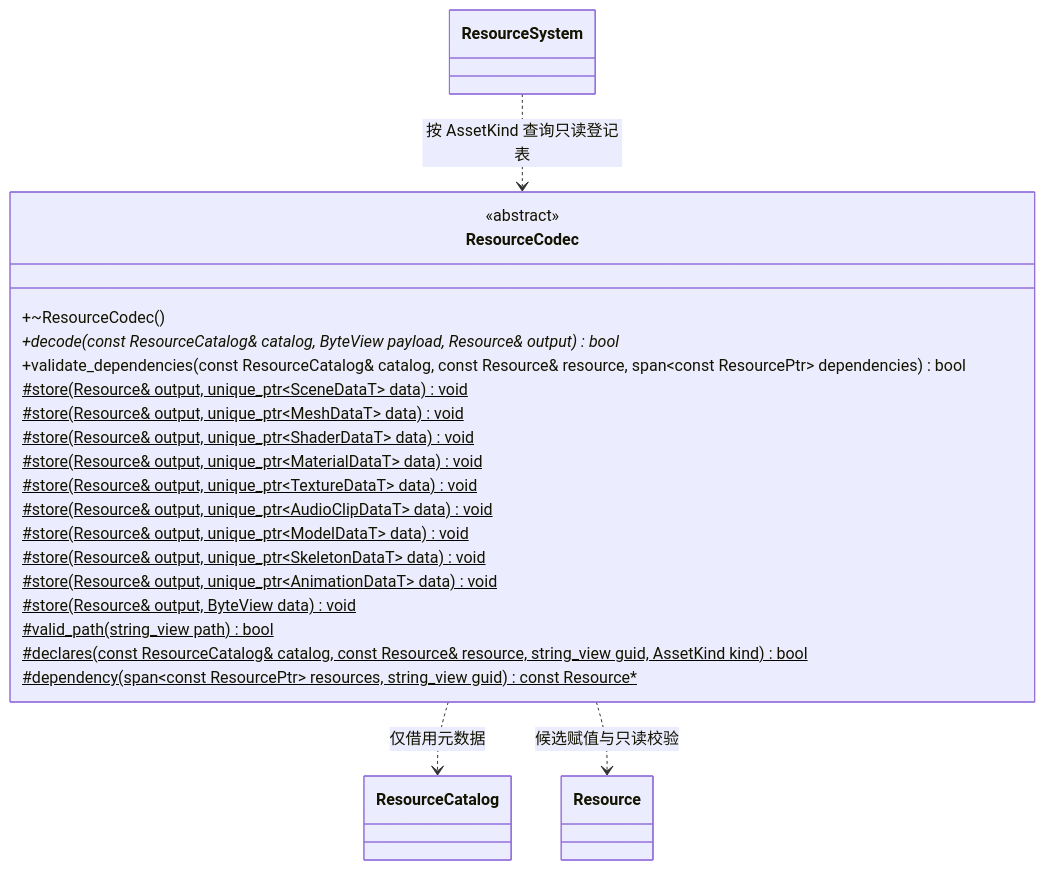
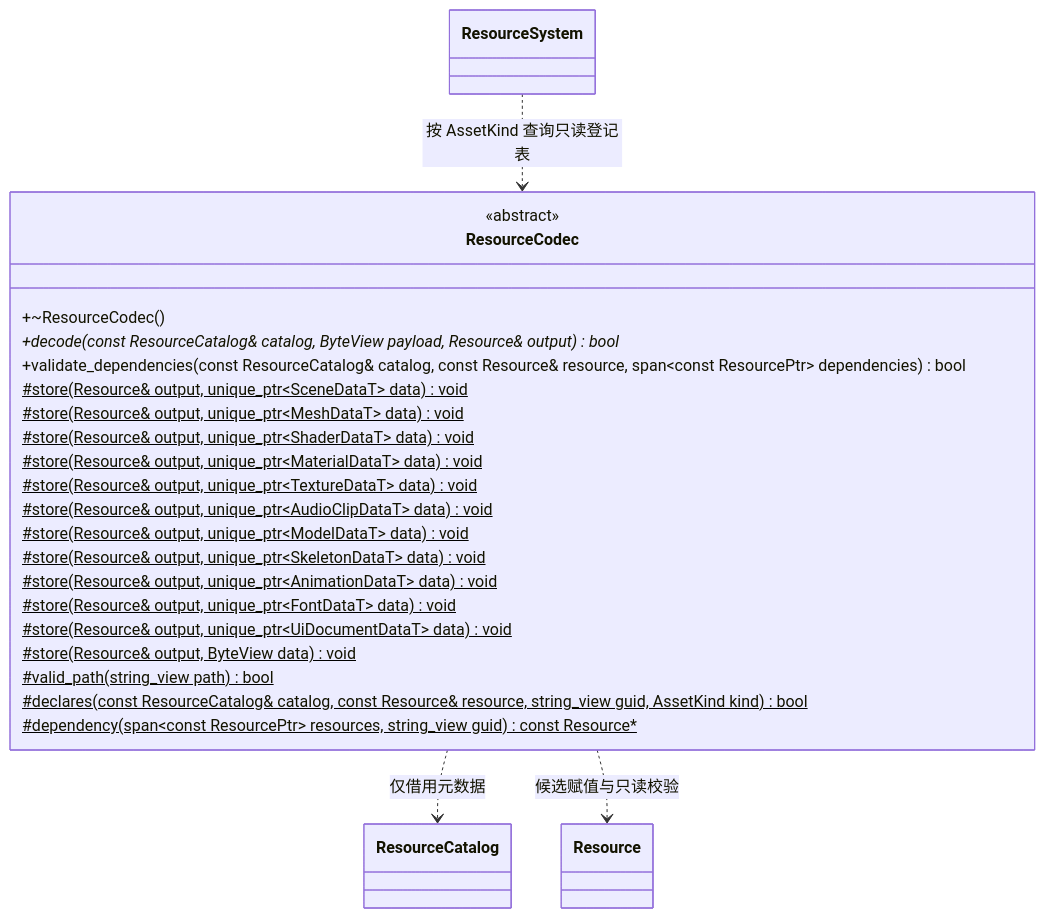
The first of 5 diagrams in docs/runtime/class-diagrams/resource-codecs.md (lcals/Engine), drawn with Mermaid before and after one commit. The commit also changed other lines of this file and 115 other files, not shown here.

````diff
--- a/docs/runtime/class-diagrams/resource-codecs.md
+++ b/docs/runtime/class-diagrams/resource-codecs.md
@@ -9,28 +9,30 @@
 ```mermaid
 classDiagram
     class ResourceCodec {
         <<abstract>>
         +~ResourceCodec()
         +decode(const ResourceCatalog& catalog, ByteView payload, Resource& output) bool*
         +validate_dependencies(const ResourceCatalog& catalog, const Resource& resource, span~const ResourcePtr~ dependencies) bool
         #store(Resource& output, unique_ptr~SceneDataT~ data) void$
         #store(Resource& output, unique_ptr~MeshDataT~ data) void$
         #store(Resource& output, unique_ptr~ShaderDataT~ data) void$
         #store(Resource& output, unique_ptr~MaterialDataT~ data) void$
         #store(Resource& output, unique_ptr~TextureDataT~ data) void$
         #store(Resource& output, unique_ptr~AudioClipDataT~ data) void$
         #store(Resource& output, unique_ptr~ModelDataT~ data) void$
         #store(Resource& output, unique_ptr~SkeletonDataT~ data) void$
         #store(Resource& output, unique_ptr~AnimationDataT~ data) void$
+        #store(Resource& output, unique_ptr~FontDataT~ data) void$
+        #store(Resource& output, unique_ptr~UiDocumentDataT~ data) void$
         #store(Resource& output, ByteView data) void$
         #valid_path(string_view path) bool$
         #declares(const ResourceCatalog& catalog, const Resource& resource, string_view guid, AssetKind kind) bool$
         #dependency(span~const ResourcePtr~ resources, string_view guid) const Resource#42;$
     }
     class ResourceSystem
     class ResourceCatalog
     class Resource
     ResourceSystem ..> ResourceCodec : 按 AssetKind 查询只读登记表
     ResourceCodec ..> ResourceCatalog : 仅借用元数据
     ResourceCodec ..> Resource : 候选赋值与只读校验
 ```
````
